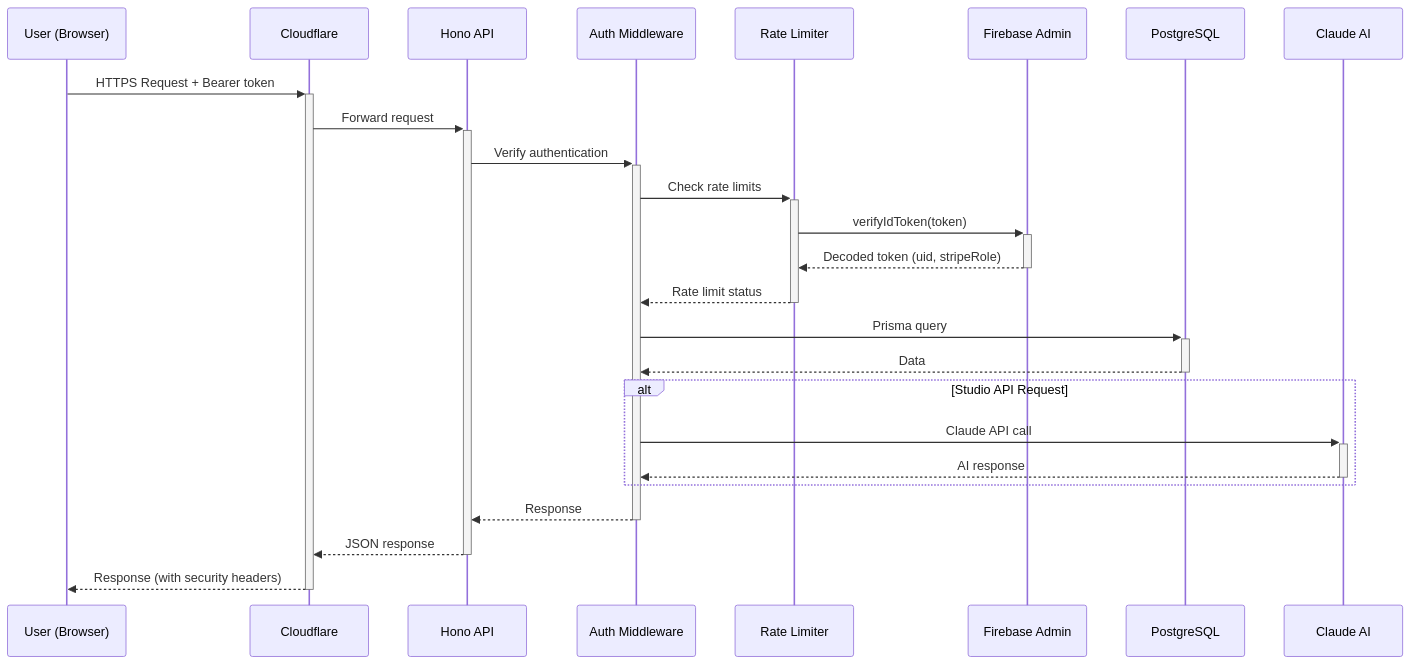
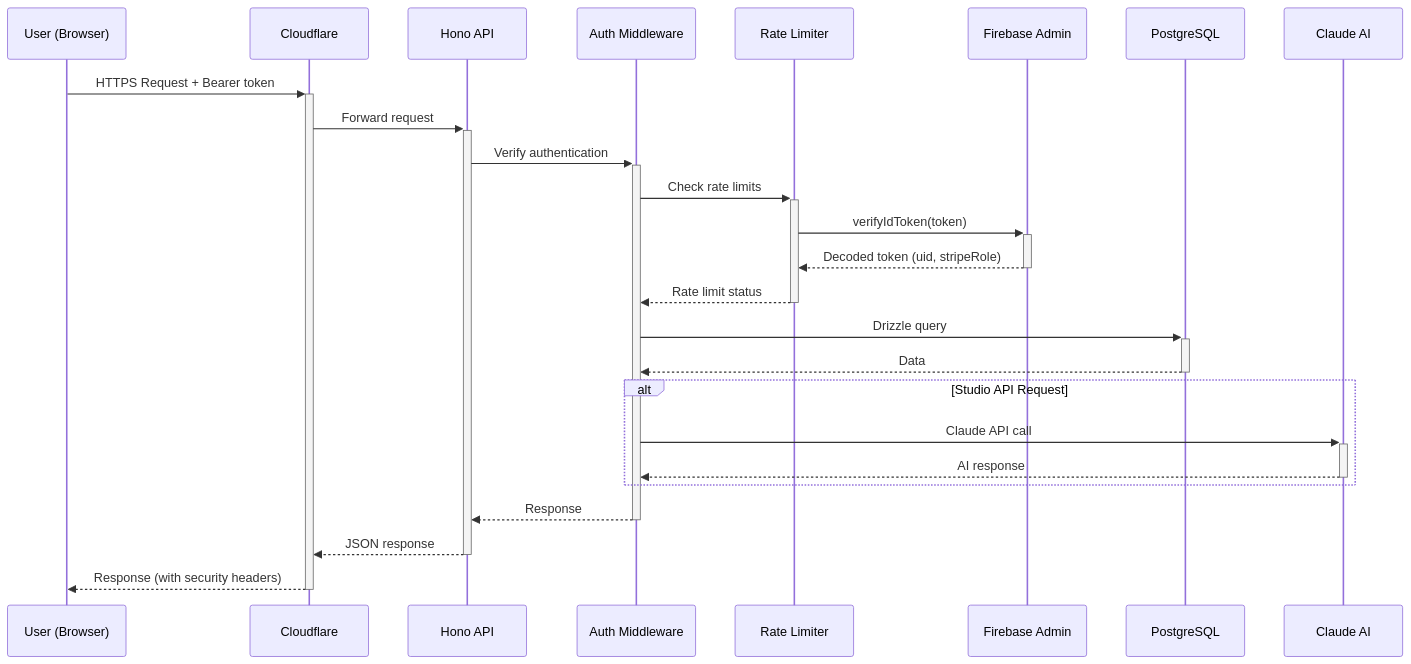
One commit to KennethAtchon/ContentAI changed the second of 5 diagrams in docs/architecture/diagrams.md. Above: the diagram before and after it, drawn with Mermaid. The commit also changed other lines of this file and 12 other files, not shown here.

First line of the commit message:
docs: Update architecture documentation to reflect ReelStudio's current tech stack and implementation

````diff
--- a/docs/architecture/diagrams.md
+++ b/docs/architecture/diagrams.md
@@ -72,30 +72,30 @@
 ```mermaid
 sequenceDiagram
     participant U as User (Browser)
     participant CF as Cloudflare
     participant API as Hono API
     participant Auth as Auth Middleware
     participant RL as Rate Limiter
     participant FB as Firebase Admin
     participant DB as PostgreSQL
     participant AI as Claude AI
 
     U->>+CF: HTTPS Request + Bearer token
     CF->>+API: Forward request
     API->>+Auth: Verify authentication
     Auth->>+RL: Check rate limits
     RL->>+FB: verifyIdToken(token)
     FB-->>-RL: Decoded token (uid, stripeRole)
     RL-->>-Auth: Rate limit status
-    Auth->>+DB: Prisma query
+    Auth->>+DB: Drizzle query
     DB-->>-Auth: Data
     
     alt Studio API Request
         Auth->>+AI: Claude API call
         AI-->>-Auth: AI response
     end
     
     Auth-->>-API: Response
     API-->>-CF: JSON response
     CF-->>-U: Response (with security headers)
 ```
````
